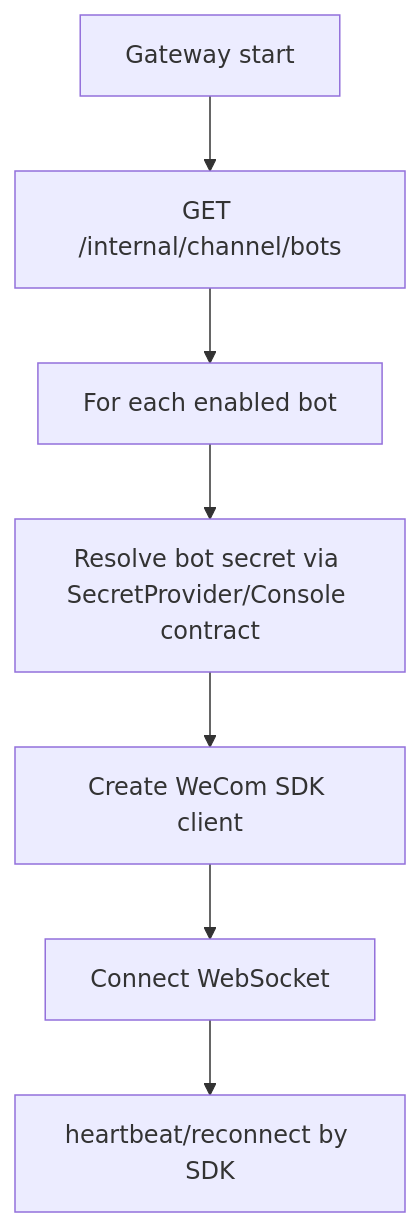
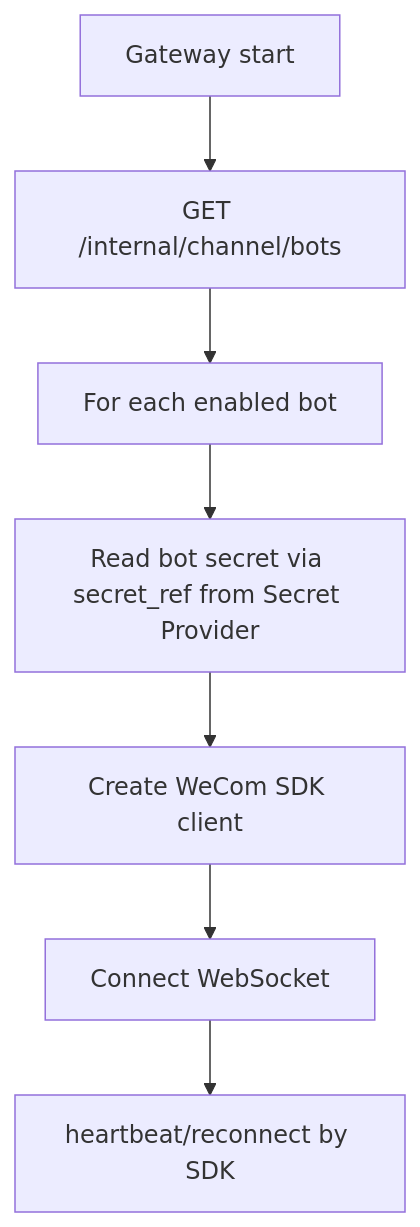
Before and after one commit to Michaelxwb/fluxion-harness: the second of 6 diagrams in docs/05-IM-Gateway详细设计.md, drawn with Mermaid. The commit also changed other lines of this file and 55 other files, not shown here.

````diff
--- a/docs/05-IM-Gateway详细设计.md
+++ b/docs/05-IM-Gateway详细设计.md
@@ -107,9 +108,9 @@
 ```mermaid
 flowchart TD
     A[Gateway start] --> B[GET /internal/channel/bots]
     B --> C[For each enabled bot]
-    C --> D[Resolve bot secret via SecretProvider/Console contract]
+    C --> D[Read bot secret via secret_ref from Secret Provider]
     D --> E[Create WeCom SDK client]
     E --> F[Connect WebSocket]
     F --> G[heartbeat/reconnect by SDK]
 ```
````
